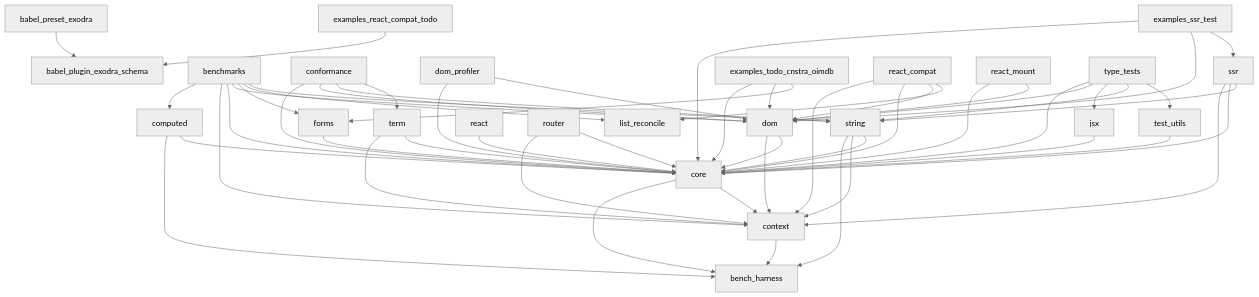
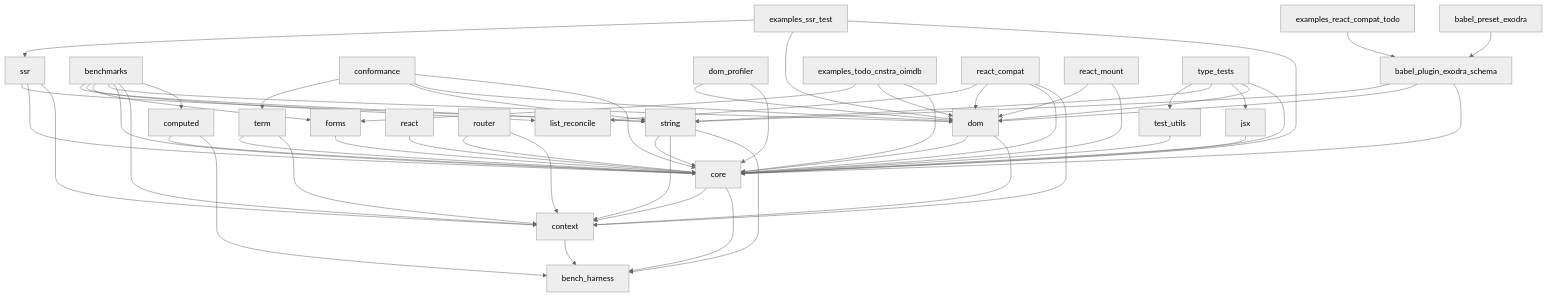
One commit to abaikov/exodra changed the diagram in docs-site/docs/architecture/package-graph.md. Above: the diagram before and after it, drawn with Mermaid (neutral theme). The commit also changed 149 other files, not shown here.

````diff
--- a/docs-site/docs/architecture/package-graph.md
+++ b/docs-site/docs/architecture/package-graph.md
@@ -16,56 +16,59 @@
 ```mermaid
 graph TD
+    babel_plugin_exodra_schema --> core
+    babel_plugin_exodra_schema --> dom
+    babel_plugin_exodra_schema --> string
     babel_preset_exodra --> babel_plugin_exodra_schema
     benchmarks --> computed
     benchmarks --> context
     benchmarks --> core
     benchmarks --> dom
     benchmarks --> forms
     benchmarks --> list_reconcile
     benchmarks --> string
     computed --> bench_harness
     computed --> core
     conformance --> core
     conformance --> dom
     conformance --> string
     conformance --> term
     context --> bench_harness
     core --> bench_harness
     core --> context
     dom --> context
     dom --> core
     dom_profiler --> core
     dom_profiler --> dom
     examples_react_compat_todo --> babel_plugin_exodra_schema
     examples_ssr_test --> core
     examples_ssr_test --> dom
     examples_ssr_test --> ssr
     examples_todo_cnstra_oimdb --> core
     examples_todo_cnstra_oimdb --> dom
     examples_todo_cnstra_oimdb --> forms
     forms --> core
     jsx --> core
     react --> core
     react_compat --> context
     react_compat --> core
     react_compat --> dom
     react_compat --> list_reconcile
     react_mount --> core
     react_mount --> dom
     router --> context
     router --> core
     ssr --> context
     ssr --> core
     ssr --> string
     string --> bench_harness
     string --> context
     string --> core
     term --> context
     term --> core
     test_utils --> core
     type_tests --> core
     type_tests --> dom
     type_tests --> jsx
     type_tests --> string
     type_tests --> test_utils
 ```
````
